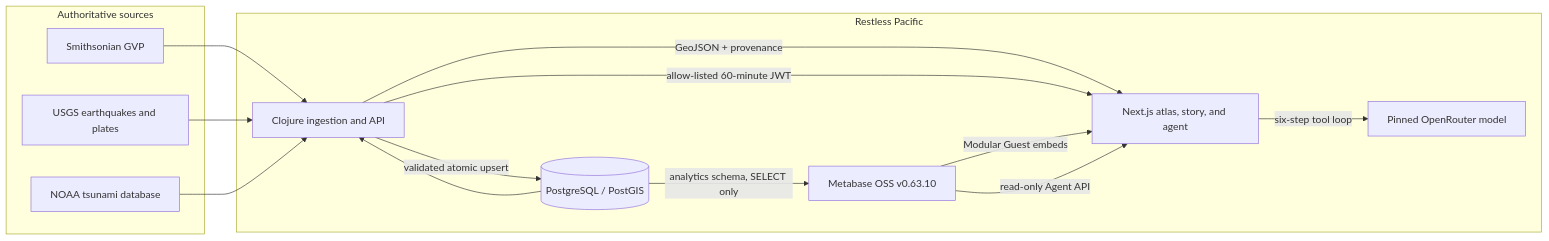
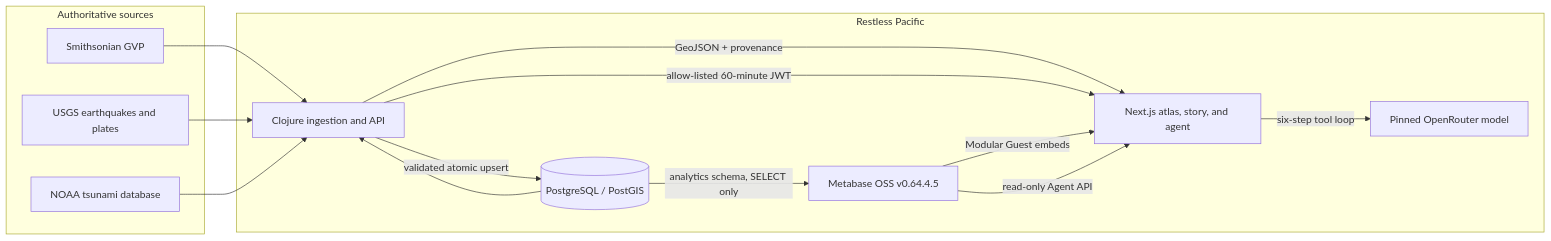
The diagram in README.md (xerexcoded/ring-of-fire), drawn with Mermaid before and after one commit. The commit also changed other lines of this file and 5 other files, not shown here.

````diff
--- a/README.md
+++ b/README.md
@@ -100,26 +100,26 @@
 ```mermaid
 flowchart LR
   subgraph Sources["Authoritative sources"]
     GVP["Smithsonian GVP"]
     USGS["USGS earthquakes and plates"]
     NOAA["NOAA tsunami database"]
   end
   subgraph Platform["Restless Pacific"]
     CLJ["Clojure ingestion and API"]
     PG[("PostgreSQL / PostGIS")]
-    MB["Metabase OSS v0.63.10"]
+    MB["Metabase OSS v0.64.4.5"]
     NX["Next.js atlas, story, and agent"]
     OR["Pinned OpenRouter model"]
   end
   GVP --> CLJ
   USGS --> CLJ
   NOAA --> CLJ
   CLJ -->|"validated atomic upsert"| PG
   PG -->|"analytics schema, SELECT only"| MB
   PG --> CLJ
   CLJ -->|"GeoJSON + provenance"| NX
   CLJ -->|"allow-listed 60-minute JWT"| NX
   MB -->|"Modular Guest embeds"| NX
   MB -->|"read-only Agent API"| NX
   NX -->|"six-step tool loop"| OR
 ```
````
